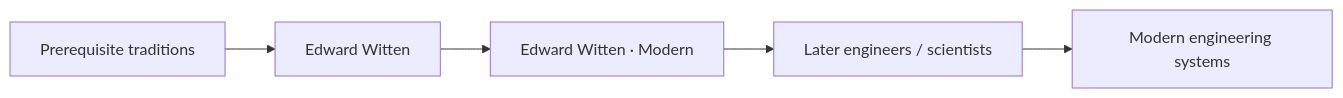
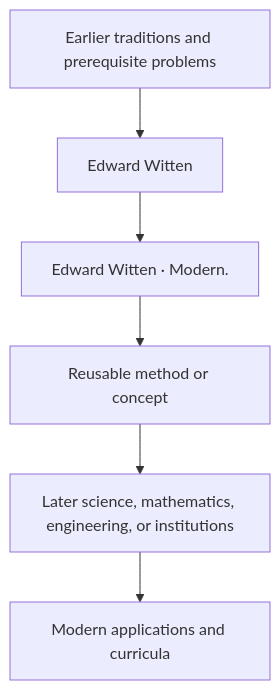
One commit to via-decide/ViaLogic changed the diagram in docs/history/edward-witten/influence.md. Above: the diagram before and after it, drawn with Mermaid. The commit also changed other lines of this file and 858 other files, not shown here.

````diff
--- a/docs/history/edward-witten/influence.md
+++ b/docs/history/edward-witten/influence.md
@@ -29,7 +16,8 @@
 ```mermaid
-graph LR
-  prerequisites["Prerequisite traditions"] --> current["Edward Witten"]
-  current --> contribution["Edward Witten · Modern"]
-  contribution --> successors["Later engineers / scientists"]
-  successors --> modern["Modern engineering systems"]
+graph TD
+  Prior[Earlier traditions and prerequisite problems] --> Person[Edward Witten]
+  Person --> Contribution[Edward Witten · Modern.]
+  Contribution --> Method[Reusable method or concept]
+  Method --> Later[Later science, mathematics, engineering, or institutions]
+  Later --> Modern[Modern applications and curricula]
 ```
````
